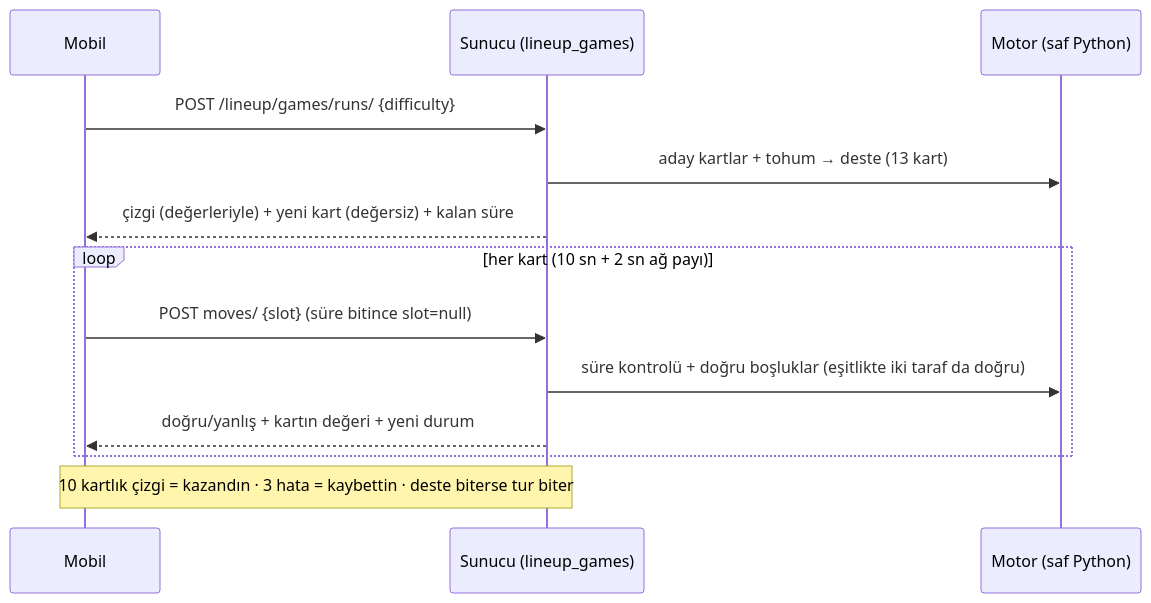
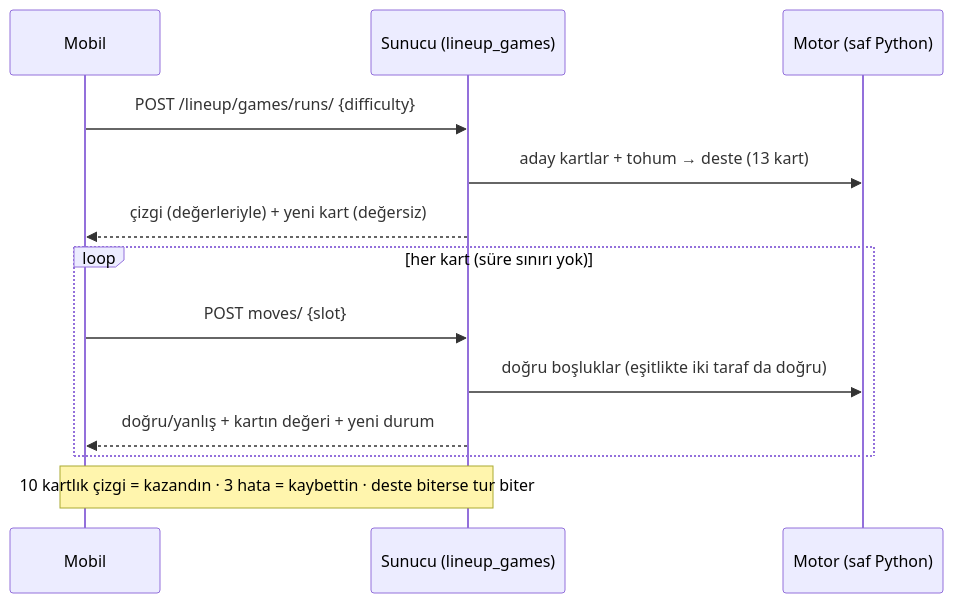
One commit to anilcelik0/saving changed the fourth of 4 diagrams in docs/FLOW_lineup.md. Above: the diagram before and after it, drawn with Mermaid. The commit also changed other lines of this file and 15 other files, not shown here.

````diff
--- a/docs/FLOW_lineup.md
+++ b/docs/FLOW_lineup.md
@@ -91,15 +91,15 @@
 ```mermaid
 sequenceDiagram
     participant M as Mobil
     participant S as Sunucu (lineup_games)
     participant E as Motor (saf Python)
     M->>S: POST /lineup/games/runs/ {difficulty}
     S->>E: aday kartlar + tohum → deste (13 kart)
-    S-->>M: çizgi (değerleriyle) + yeni kart (değersiz) + kalan süre
-    loop her kart (10 sn + 2 sn ağ payı)
-        M->>S: POST moves/ {slot} (süre bitince slot=null)
-        S->>E: süre kontrolü + doğru boşluklar (eşitlikte iki taraf da doğru)
+    S-->>M: çizgi (değerleriyle) + yeni kart (değersiz)
+    loop her kart (süre sınırı yok)
+        M->>S: POST moves/ {slot}
+        S->>E: doğru boşluklar (eşitlikte iki taraf da doğru)
         S-->>M: doğru/yanlış + kartın değeri + yeni durum
     end
     Note over M,S: 10 kartlık çizgi = kazandın · 3 hata = kaybettin · deste biterse tur biter
 ```
````
